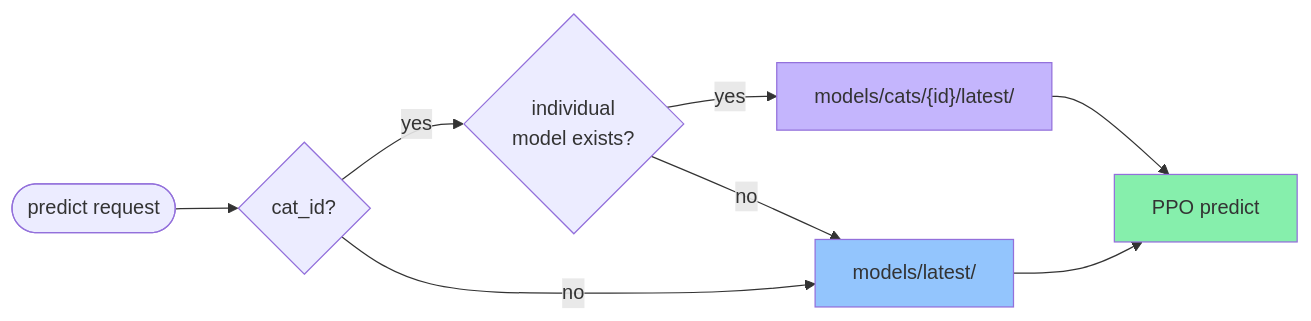
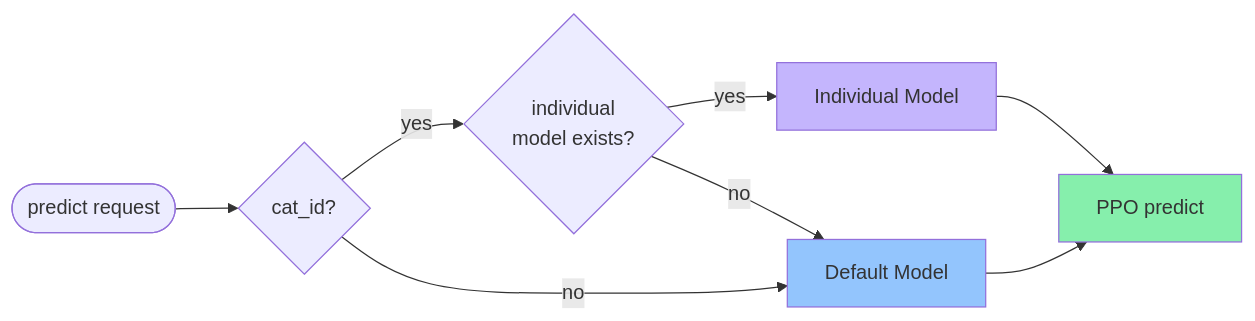
The sixth of 6 diagrams in README.md (tantaneity/cat-brain-service), drawn with Mermaid before and after one commit. The commit also changed other lines of this file, not shown here.

Commit message:
docs(readme): update architecture diagrams to match actual codebase

````diff
--- a/README.md
+++ b/README.md
@@ -308,17 +308,17 @@
 ```mermaid
 flowchart LR
-    REQ([predict request]) --> HAS_ID{cat_id?}
+    REQ(["predict request"]) --> HAS_ID{"cat_id?"}
 
-    HAS_ID -->|yes| CHECK{individual<br/>model exists?}
+    HAS_ID -->|yes| CHECK{"individual<br/>model exists?"}
     HAS_ID -->|no| DEFAULT
 
-    CHECK -->|yes| INDIVIDUAL["models/cats/{id}/latest/"]
-    CHECK -->|no| DEFAULT["models/latest/"]
+    CHECK -->|yes| INDIVIDUAL["Individual Model"]
+    CHECK -->|no| DEFAULT["Default Model"]
 
-    INDIVIDUAL --> PREDICT[PPO predict]
+    INDIVIDUAL --> PREDICT["PPO predict"]
     DEFAULT --> PREDICT
 
     style DEFAULT fill:#93c5fd
     style INDIVIDUAL fill:#c4b5fd
     style PREDICT fill:#86efac
 ```
````
